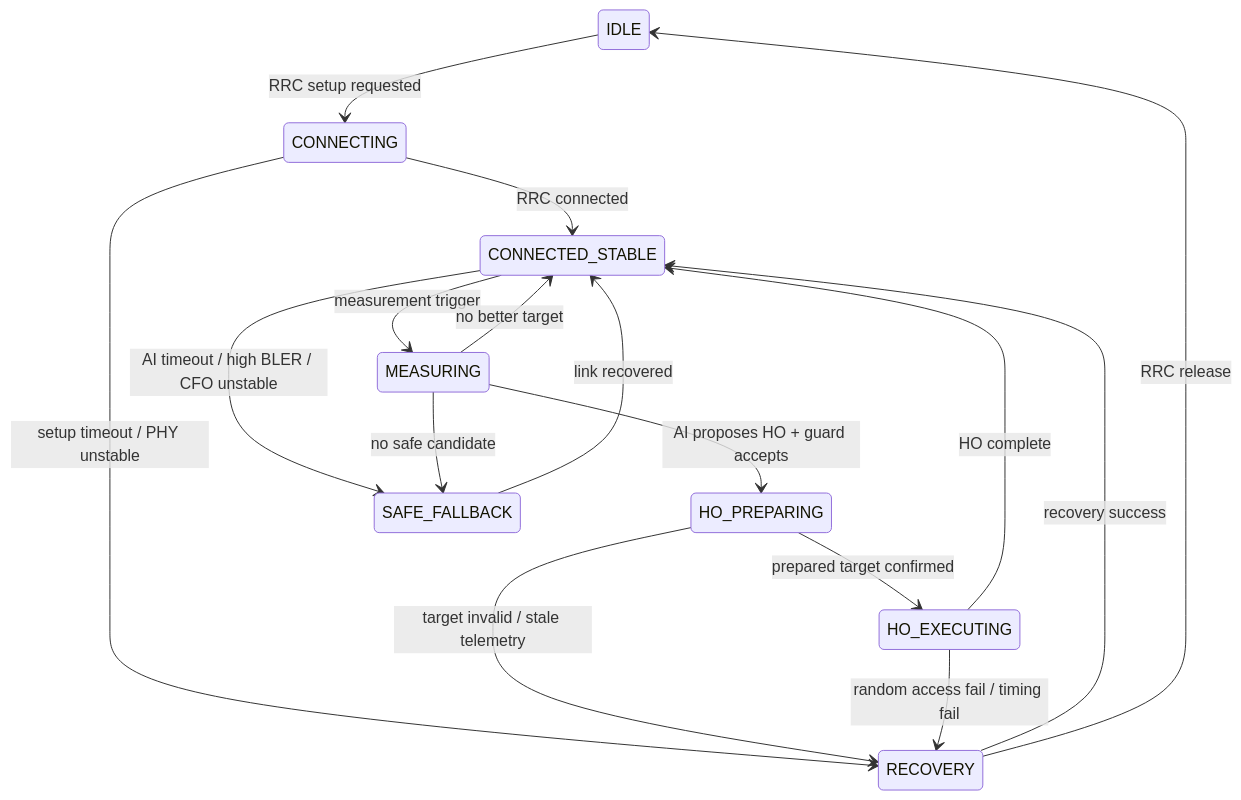
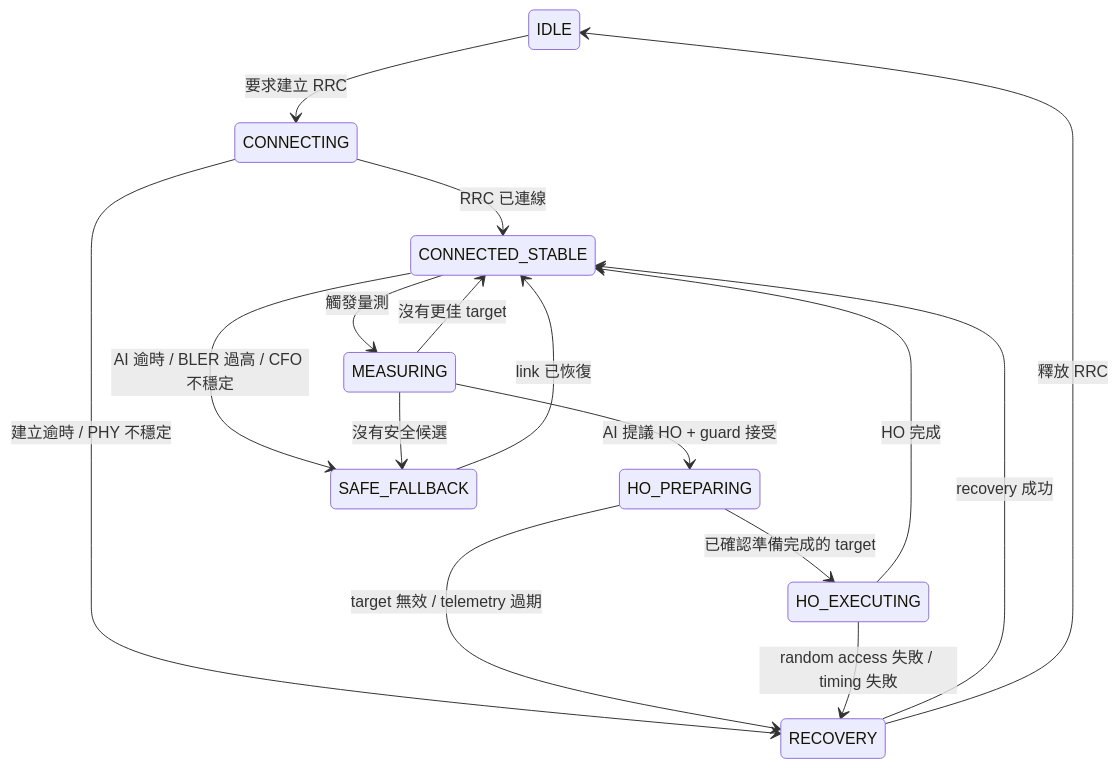
Before and after one commit to gastercat/5g-sdr-ops: the diagram in docs/research/6g-ntn-handover/neuro_symbolic_rrm_handoff.md, drawn with Mermaid. The commit also changed other lines of this file and 3 other files, not shown here.

````diff
--- a/docs/research/6g-ntn-handover/neuro_symbolic_rrm_handoff.md
+++ b/docs/research/6g-ntn-handover/neuro_symbolic_rrm_handoff.md
@@ -198,18 +187,18 @@
 ```mermaid
 stateDiagram-v2
-    IDLE --> CONNECTING: RRC setup requested
-    CONNECTING --> CONNECTED_STABLE: RRC connected
-    CONNECTING --> RECOVERY: setup timeout / PHY unstable
-    CONNECTED_STABLE --> MEASURING: measurement trigger
-    MEASURING --> CONNECTED_STABLE: no better target
-    MEASURING --> HO_PREPARING: AI proposes HO + guard accepts
-    HO_PREPARING --> HO_EXECUTING: prepared target confirmed
-    HO_PREPARING --> RECOVERY: target invalid / stale telemetry
-    HO_EXECUTING --> CONNECTED_STABLE: HO complete
-    HO_EXECUTING --> RECOVERY: random access fail / timing fail
-    CONNECTED_STABLE --> SAFE_FALLBACK: AI timeout / high BLER / CFO unstable
-    MEASURING --> SAFE_FALLBACK: no safe candidate
-    SAFE_FALLBACK --> CONNECTED_STABLE: link recovered
-    RECOVERY --> CONNECTED_STABLE: recovery success
-    RECOVERY --> IDLE: RRC release
+    IDLE --> CONNECTING: 要求建立 RRC
+    CONNECTING --> CONNECTED_STABLE: RRC 已連線
+    CONNECTING --> RECOVERY: 建立逾時 / PHY 不穩定
+    CONNECTED_STABLE --> MEASURING: 觸發量測
+    MEASURING --> CONNECTED_STABLE: 沒有更佳 target
+    MEASURING --> HO_PREPARING: AI 提議 HO + guard 接受
+    HO_PREPARING --> HO_EXECUTING: 已確認準備完成的 target
+    HO_PREPARING --> RECOVERY: target 無效 / telemetry 過期
+    HO_EXECUTING --> CONNECTED_STABLE: HO 完成
+    HO_EXECUTING --> RECOVERY: random access 失敗 / timing 失敗
+    CONNECTED_STABLE --> SAFE_FALLBACK: AI 逾時 / BLER 過高 / CFO 不穩定
+    MEASURING --> SAFE_FALLBACK: 沒有安全候選
+    SAFE_FALLBACK --> CONNECTED_STABLE: link 已恢復
+    RECOVERY --> CONNECTED_STABLE: recovery 成功
+    RECOVERY --> IDLE: 釋放 RRC
 ```
````
